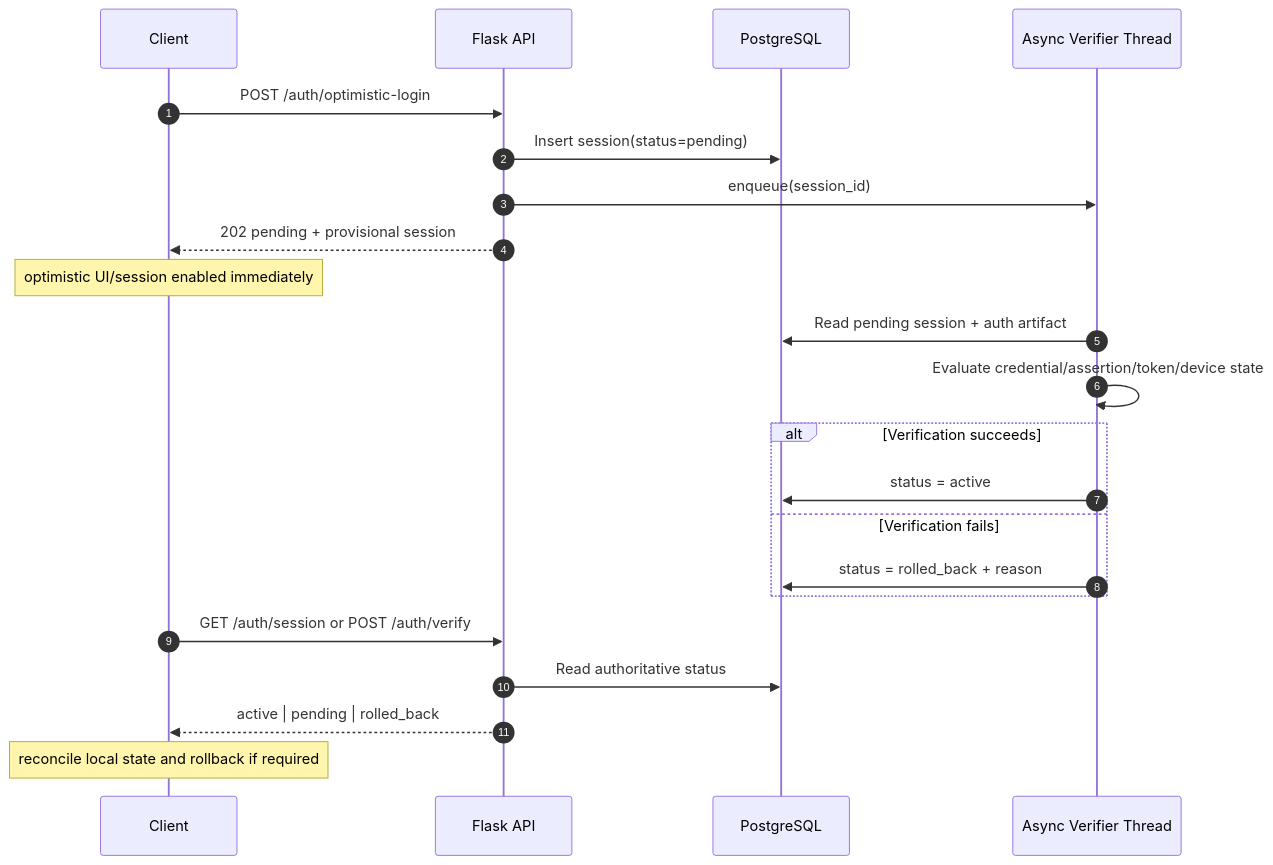
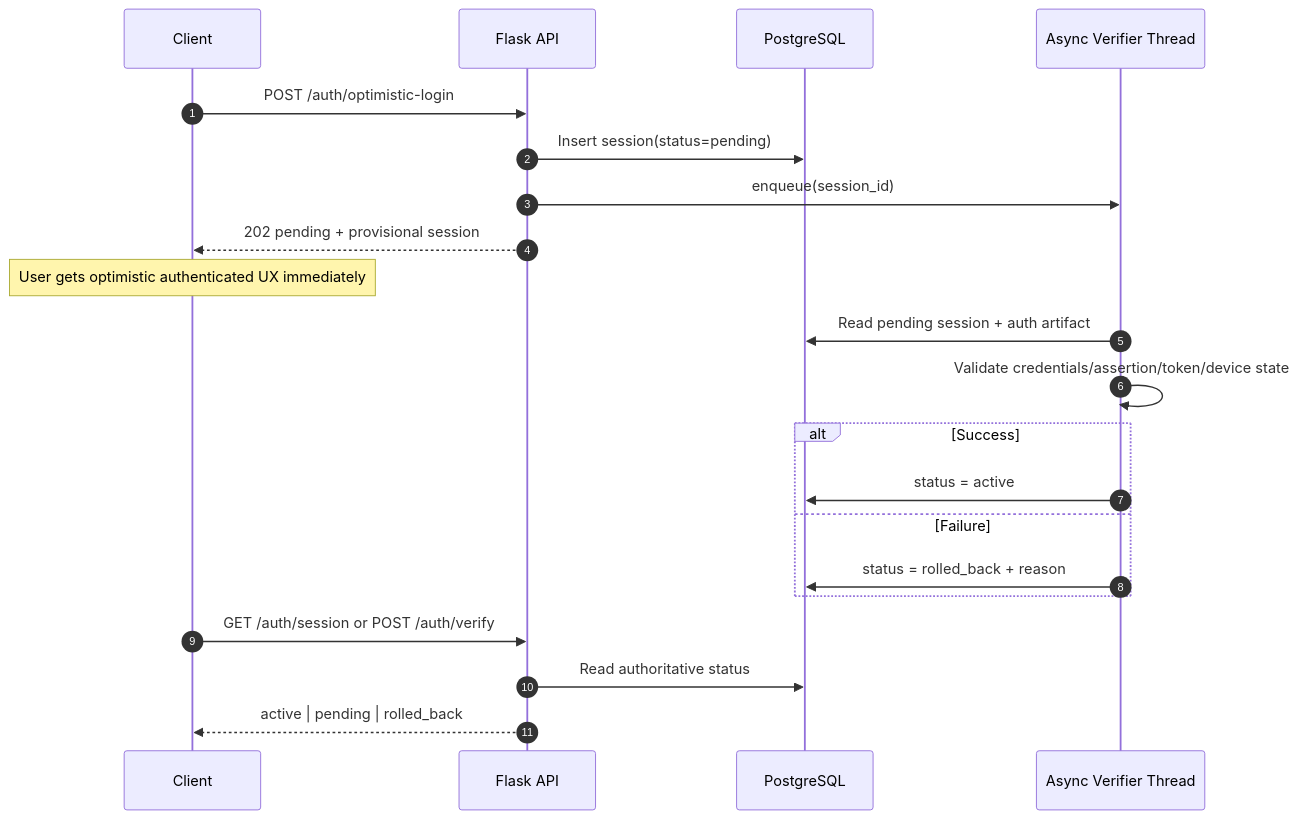
The diagram in README.md (hari7261/AUTH-CodeFiles), drawn with Mermaid before and after one commit. The commit also changed other lines of this file, not shown here.

````diff
--- a/README.md
+++ b/README.md
@@ -74,27 +53,27 @@
 ```mermaid
 sequenceDiagram
     autonumber
     participant Client
     participant API as Flask API
     participant DB as PostgreSQL
     participant Worker as Async Verifier Thread
 
     Client->>API: POST /auth/optimistic-login
     API->>DB: Insert session(status=pending)
     API->>Worker: enqueue(session_id)
     API-->>Client: 202 pending + provisional session
-    Note over Client: optimistic UI/session enabled immediately
+
+    Note over Client: User gets optimistic authenticated UX immediately
 
     Worker->>DB: Read pending session + auth artifact
-    Worker->>Worker: Evaluate credential/assertion/token/device state
-    alt Verification succeeds
+    Worker->>Worker: Validate credentials/assertion/token/device state
+    alt Success
         Worker->>DB: status = active
-    else Verification fails
+    else Failure
         Worker->>DB: status = rolled_back + reason
     end
 
     Client->>API: GET /auth/session or POST /auth/verify
     API->>DB: Read authoritative status
     API-->>Client: active | pending | rolled_back
-    Note over Client: reconcile local state and rollback if required
 ```
````
